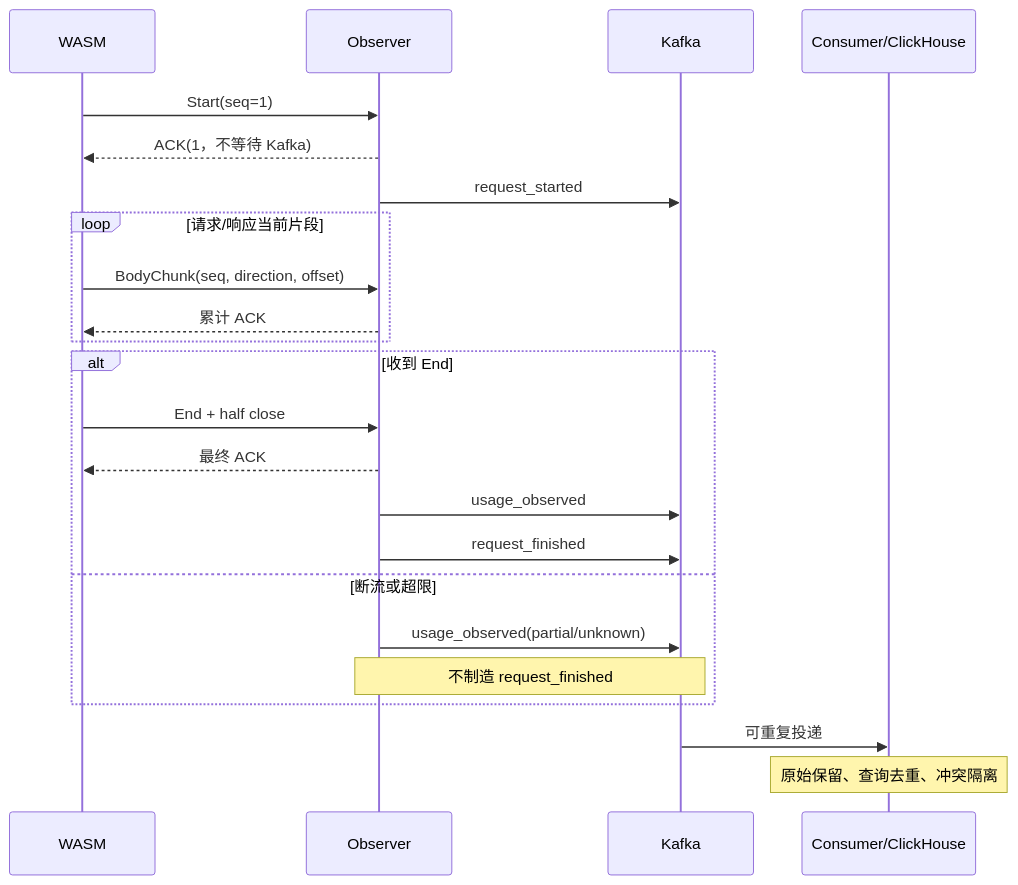
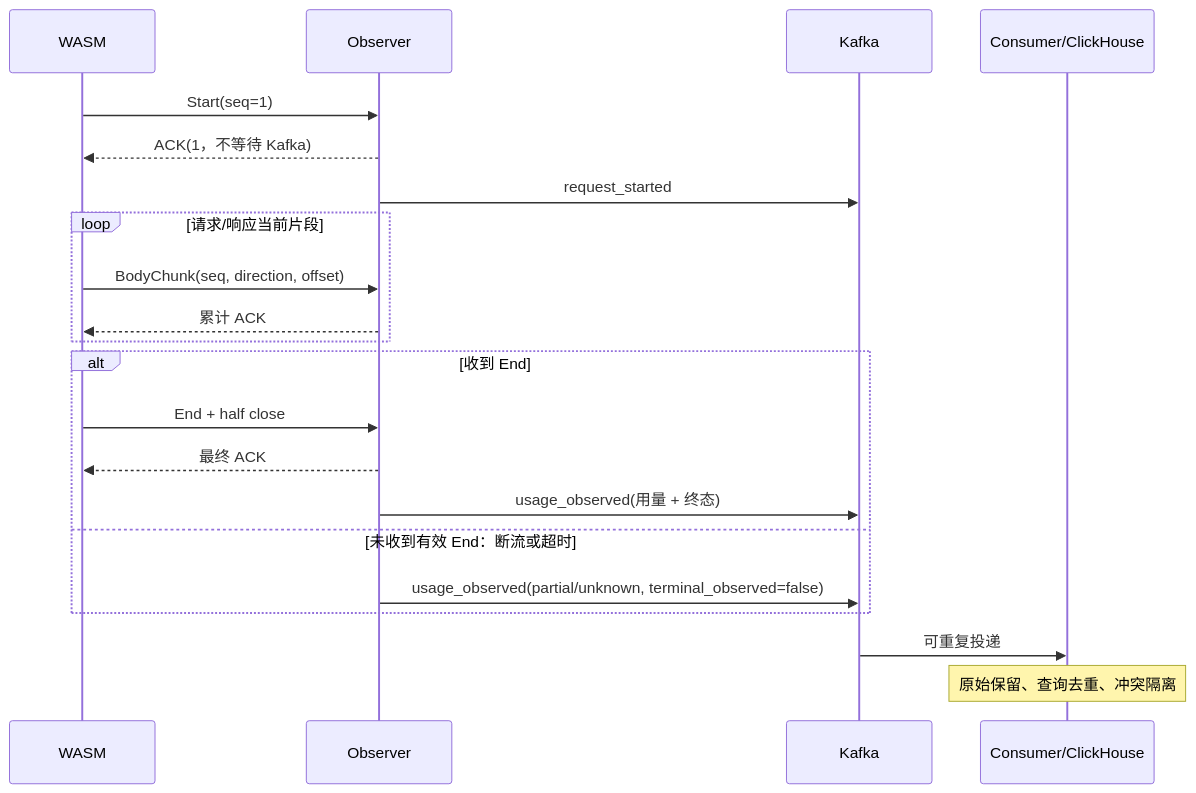
One commit to Fangyan33/llm-token-stats changed the second of 2 diagrams in docs/gateway-request-collection-implementation.md. Above: the diagram before and after it, drawn with Mermaid. The commit also changed other lines of this file and 1 other file, not shown here.

````diff
--- a/docs/gateway-request-collection-implementation.md
+++ b/docs/gateway-request-collection-implementation.md
@@ -455,25 +455,23 @@
 ```mermaid
 sequenceDiagram
     participant W as WASM
     participant O as Observer
     participant K as Kafka
     participant D as Consumer/ClickHouse
     W->>O: Start(seq=1)
     O-->>W: ACK(1，不等待 Kafka)
     O->>K: request_started
     loop 请求/响应当前片段
         W->>O: BodyChunk(seq, direction, offset)
         O-->>W: 累计 ACK
     end
     alt 收到 End
         W->>O: End + half close
         O-->>W: 最终 ACK
-        O->>K: usage_observed
-        O->>K: request_finished
-    else 断流或超限
-        O->>K: usage_observed(partial/unknown)
-        Note over O,K: 不制造 request_finished
+        O->>K: usage_observed(用量 + 终态)
+    else 未收到有效 End：断流或超时
+        O->>K: usage_observed(partial/unknown, terminal_observed=false)
     end
     K->>D: 可重复投递
     Note over D: 原始保留、查询去重、冲突隔离
 ```
````
